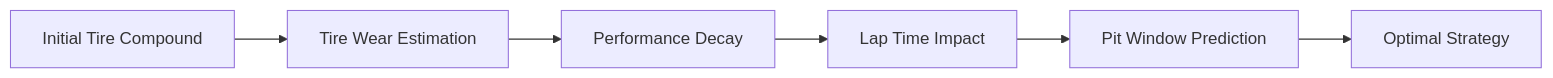
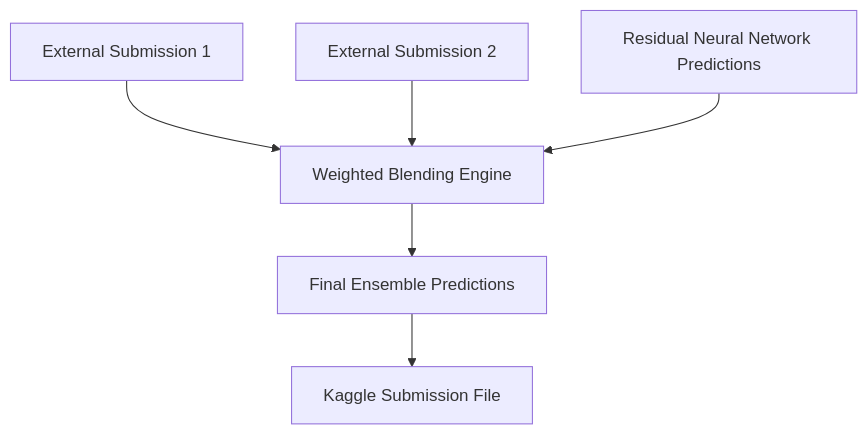
The eighth of 11 diagrams in README.md (start-again-06/Predicting_F1_Pit_Stops), drawn with Mermaid before and after one commit. The commit also changed other lines of this file, not shown here.

````diff
--- a/README.md
+++ b/README.md
@@ -149,13 +461,13 @@
 ```mermaid
-graph LR
+graph TD
 
-A[Initial Tire Compound] --> B[Tire Wear Estimation]
+A[External Submission 1] --> D[Weighted Blending Engine]
 
-B --> C[Performance Decay]
+B[External Submission 2] --> D
 
-C --> D[Lap Time Impact]
+C[Residual Neural Network Predictions] --> D
 
-D --> E[Pit Window Prediction]
+D --> E[Final Ensemble Predictions]
 
-E --> F[Optimal Strategy]
+E --> F[Kaggle Submission File]
 ```
````
